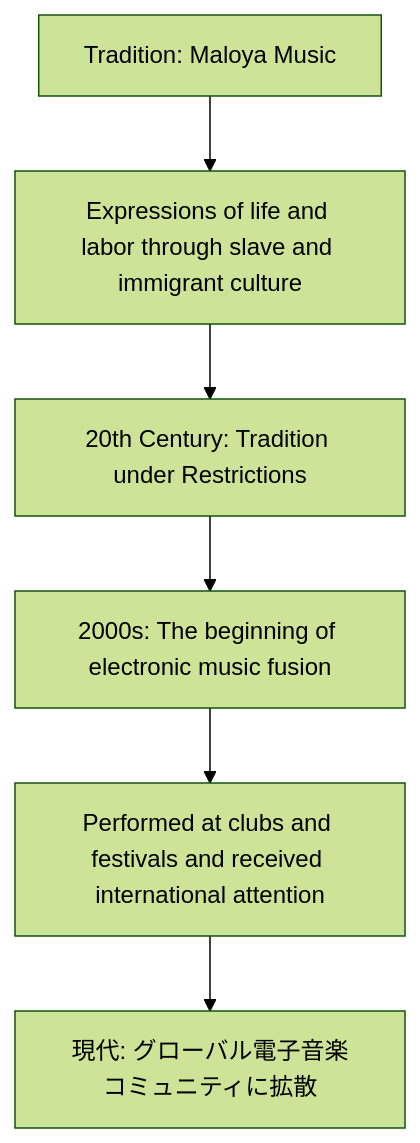
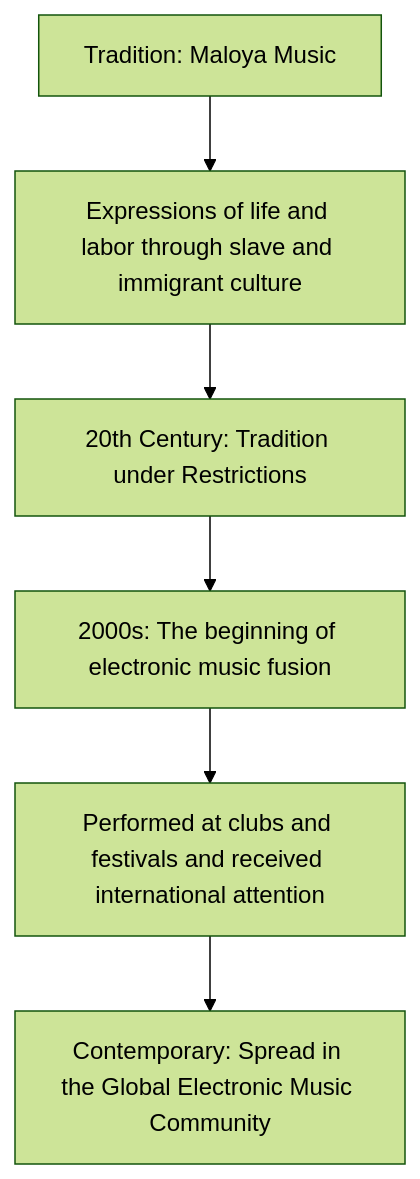
Before and after one commit to monumental-movement/monumental-movement.github.io: the fifth of 6 diagrams in en/_posts/2025-10-04-Column-Nyege-Nyege.md, drawn with Mermaid (forest theme). The commit also changed other lines of this file and 319 other files, not shown here.

```diff
--- a/en/_posts/2025-10-04-Column-Nyege-Nyege.md
+++ b/en/_posts/2025-10-04-Column-Nyege-Nyege.md
@@ -249,10 +249,10 @@
 <div class="mermaid">
 
 flowchart TD
     A["Tradition: Maloya Music"] --> B["Expressions of life and labor through slave and immigrant culture"]
     B --> C["20th Century: Tradition under Restrictions"]
     C --> D["2000s: The beginning of electronic music fusion"]
     D --> E["Performed at clubs and festivals and received international attention"]
-    E --> F["現代: グローバル電子音楽コミュニティに拡散"]
+    E --> F["Contemporary: Spread in the Global Electronic Music Community"]
 
 </div>
```
